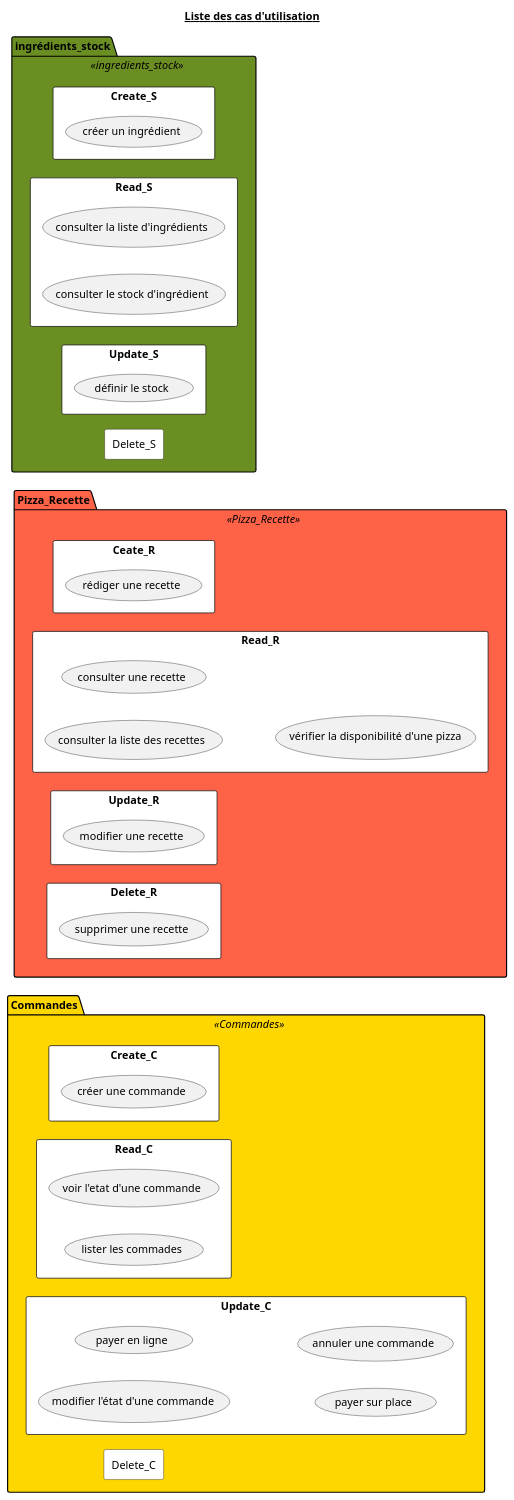
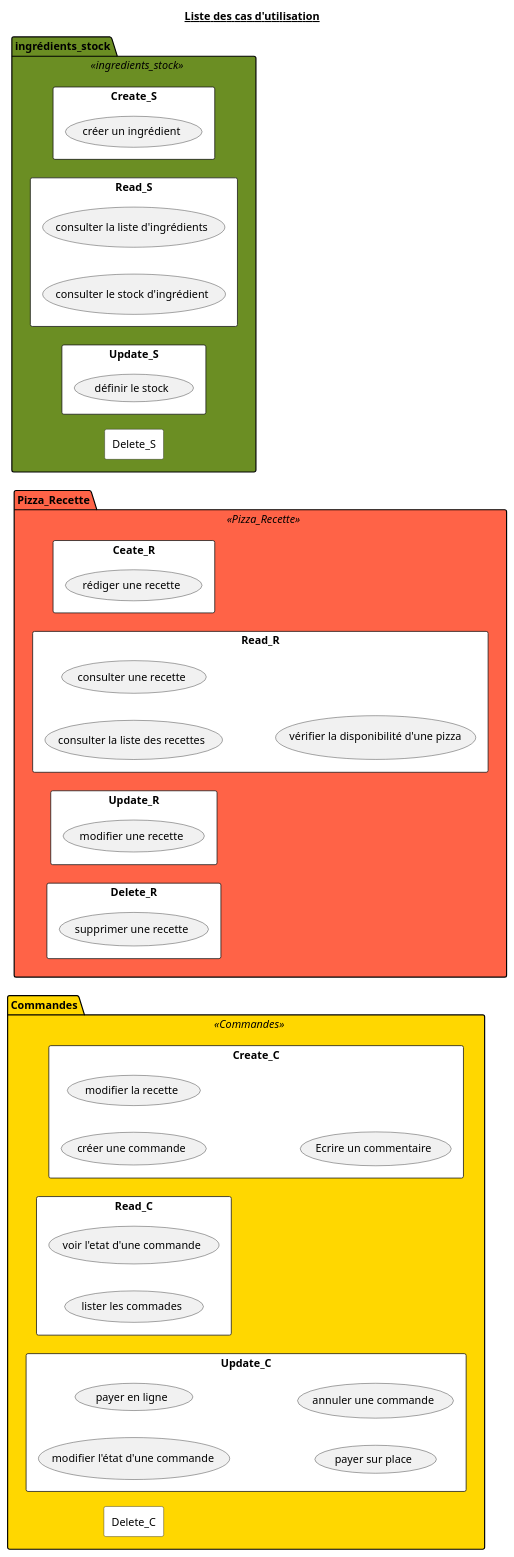
The diagram in doc/uml/0_ListUseCases.puml (Zepmanbc/oc_dapython_pr4), drawn with PlantUML before and after one commit. The commit also changed 24 other files, not shown here.

```diff
--- a/doc/uml/0_ListUseCases.puml
+++ b/doc/uml/0_ListUseCases.puml
@@ -1,97 +1,102 @@
 @startuml 0_ListUseCases
 
 title <u>Liste des cas d'utilisation</u>
 
 'Create
 'Read
 'Update
 'Delete
 
 skinparam package {
     backgroundColor<<Commandes>> Gold
     backgroundColor<<Pizza_Recette>> Tomato
     backgroundColor<<ingredients_stock>> OliveDrab
 }
 skinparam rectangle{
     backgroundColor White
 }
 
 ' COMMANDES
 package Commandes <<Commandes>> {
     left to right direction
     rectangle Create_C {
         (créer une commande) AS CREATE_CMD
+        (modifier la recette) AS CUSTO_CMD
+        (Ecrire un commentaire) AS COMMENT_CMD
     }
     rectangle Read_C {
         (voir l'etat d'une commande) AS SHOW_STATE_CMD
         (lister les commades) AS LIST_CMD
     }
     rectangle Update_C {
         (modifier l'état d'une commande) AS MODIFY_STATE_CMD
         (payer en ligne) AS PAY_ONLINE_CMD
         (payer sur place) AS PAY_STORE_CMD
         (annuler une commande) AS CANCEL_CMD
     }
     rectangle Delete_C {
     }
 }
 
 ' RECETTE
 
 package Pizza_Recette <<Pizza_Recette>> {
     rectangle Ceate_R {
         (rédiger une recette) AS CREATE_RECIPE
     }
     rectangle Read_R {
         (consulter la liste des recettes) AS LIST_RECIPE
         (consulter une recette) AS SHOW_RECIPE
         (vérifier la disponibilité d'une pizza) AS AVAIL_RECIPE
     }
     rectangle Update_R {
         (modifier une recette) AS MODIFY_RECIPE
     }
     rectangle Delete_R {
         (supprimer une recette) AS DEL_RECIPE
     }
 }
 
 ' INGREDIENTS
 package ingrédients_stock <<ingredients_stock>> {
     rectangle Create_S{
         (créer un ingrédient) AS CREATE_ITEM
     }
     rectangle Read_S {
         (consulter la liste d'ingrédients) AS LIST_ITEM
         (consulter le stock d'ingrédient) AS SHOW_ITEM
     }
     rectangle Update_S {
         (définir le stock) AS SET_ITEN
     }
     rectangle Delete_S{
     }
 }
 
 ' 'COMMANDES
 '     (créer une commande) AS CREATE_CMD
+'     (Ecrire un commentaire) AS COMMENT_CMD
+'     (modifier la recette) AS CUSTO_CMD
 '     (lister les commades) AS LIST_CMD
 '     (voir l'etat d'une commande) AS SHOW_STATE_CMD
 '     (modifier l'état d'une commande) AS MODIFY_STATE_CMD
 '     (payer en ligne) AS PAY_ONLINE_CMD
 '     (payer sur place) AS PAY_STORE_CMD
 '     (annuler une commande) AS CANCEL_CMD
 
 ' ' RECETTE
 '     (rédiger une recette) AS CREATE_RECIPE
+
 '     (consulter la liste des recettes) AS LIST_RECIPE
 '     (consulter une recette) AS SHOW_RECIPE
 '     (vérifier la disponibilité d'une pizza) AS AVAIL_RECIPE
 '     (modifier une recette) AS MODIFY_RECIPE
 '     (supprimer une recette) AS DEL_RECIPE
 
 ' ' INGREDIENTS
 '     (créer un ingrédient) AS CREATE_ITEM
 '     (consulter la liste d'ingrédients) AS LIST_ITEM
 '     (consulter le stock d'ingrédient) AS SHOW_ITEM
 '     (définir le stock) AS SET_ITEN
 
 @enduml
```
